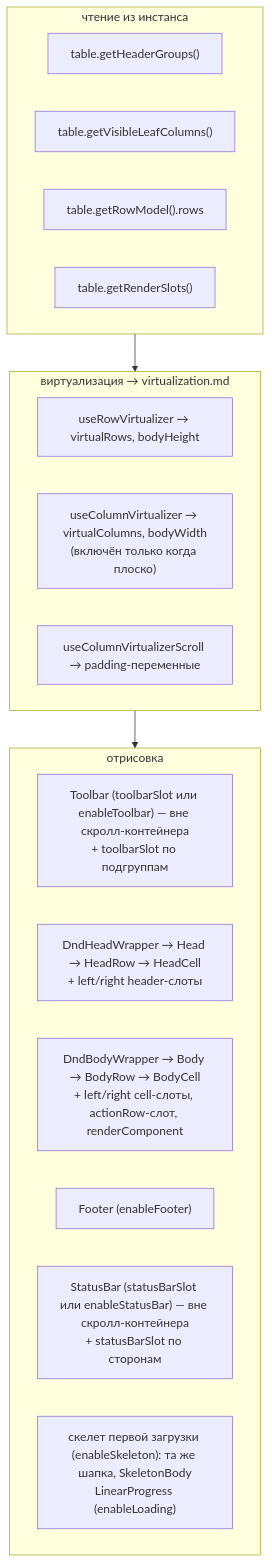
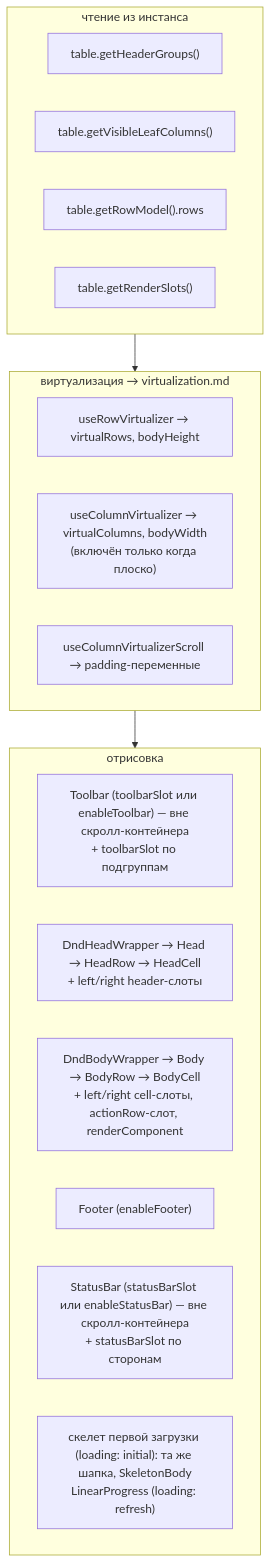
Before and after one commit to tessera-grid/tessera: the third of 3 diagrams in docs/architecture/rendering.md, drawn with Mermaid. The commit also changed other lines of this file and 113 other files, not shown here.

First line of the commit message:
feat!: правило имён флагов и предикатов — loading, refreshOptions, canEditCell, canDragRow (ADR 0106, FN1–FN6)

````diff
--- a/docs/architecture/rendering.md
+++ b/docs/architecture/rendering.md
@@ -83,26 +83,26 @@
 ```mermaid
 flowchart TB
     subgraph read["чтение из инстанса"]
         HGS["table.getHeaderGroups()"]
         LC["table.getVisibleLeafColumns()"]
         RM["table.getRowModel().rows"]
         SLOTS["table.getRenderSlots()"]
     end
 
     subgraph virt["виртуализация → virtualization.md"]
         RV["useRowVirtualizer → virtualRows, bodyHeight"]
         CV["useColumnVirtualizer → virtualColumns, bodyWidth<br/>(включён только когда плоско)"]
         PAD["useColumnVirtualizerScroll → padding-переменные"]
     end
 
     subgraph paint["отрисовка"]
         TB["Toolbar (toolbarSlot или enableToolbar) — вне скролл-контейнера<br/>+ toolbarSlot по подгруппам"]
         HEAD["DndHeadWrapper → Head → HeadRow → HeadCell<br/>+ left/right header-слоты"]
         BODY["DndBodyWrapper → Body → BodyRow → BodyCell<br/>+ left/right cell-слоты, actionRow-слот, renderComponent"]
         FOOT["Footer (enableFooter)"]
         SB["StatusBar (statusBarSlot или enableStatusBar) — вне скролл-контейнера<br/>+ statusBarSlot по сторонам"]
-        SK["скелет первой загрузки (enableSkeleton): та же шапка, SkeletonBody<br/>LinearProgress (enableLoading)"]
+        SK["скелет первой загрузки (loading: initial): та же шапка, SkeletonBody<br/>LinearProgress (loading: refresh)"]
     end
 
     read --> virt --> paint
 ```
````
